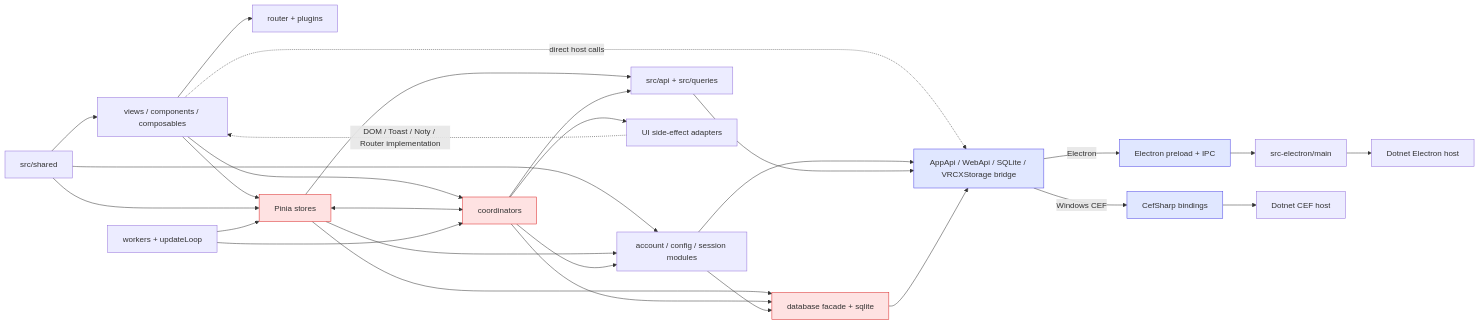
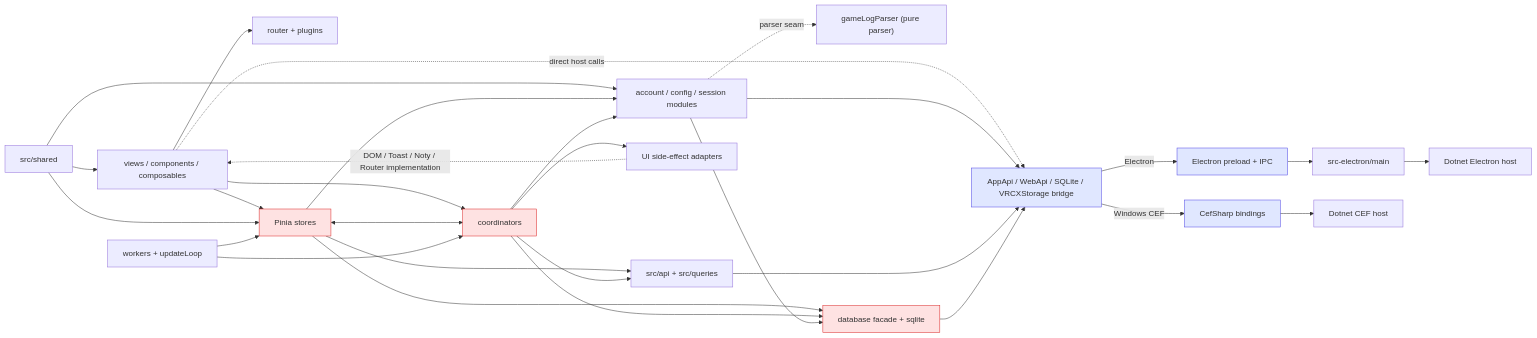
One commit to yixijun/VRCX-Luo changed the diagram in docs/ARCHITECTURE_DIAGNOSIS.md. Above: the diagram before and after it, drawn with Mermaid. The commit also changed other lines of this file and 2 other files, not shown here.

Commit message:
docs: record game log parser seam

````diff
--- a/docs/ARCHITECTURE_DIAGNOSIS.md
+++ b/docs/ARCHITECTURE_DIAGNOSIS.md
@@ -127,60 +128,62 @@
 ```mermaid
 flowchart LR
     UI["views / components / composables"]
     Router["router + plugins"]
     Stores["Pinia stores"]
     Coords["coordinators"]
     Api["src/api + src/queries"]
     Services["account / config / session modules"]
+    GameLogParser["gameLogParser (pure parser)"]
     Db["database facade + sqlite"]
     Shared["src/shared"]
     Workers["workers + updateLoop"]
     Bridge["AppApi / WebApi / SQLite / VRCXStorage bridge"]
 
     ElectronPreload["Electron preload + IPC"]
     ElectronMain["src-electron/main"]
     DotnetElectron["Dotnet Electron host"]
 
     CefBindings["CefSharp bindings"]
     DotnetCef["Dotnet CEF host"]
 
     UI --> Router
     UI --> Stores
     UI --> Coords
     UI -. direct host calls .-> Bridge
 
     Shared --> UI
     Shared --> Stores
     Shared --> Services
 
     Stores <--> Coords
     Stores --> Api
     Stores --> Db
     Stores --> Services
 
     Coords --> Api
     Coords --> Db
     Coords --> Services
     Coords --> UiAdapters["UI side-effect adapters"]
     UiAdapters -. DOM / Toast / Noty / Router implementation .-> UI
 
     Services --> Db
     Services --> Bridge
+    Services -. parser seam .-> GameLogParser
     Workers --> Stores
     Workers --> Coords
 
     Api --> Bridge
     Db --> Bridge
 
     Bridge -->|Electron| ElectronPreload
     ElectronPreload --> ElectronMain
     ElectronMain --> DotnetElectron
 
     Bridge -->|Windows CEF| CefBindings
     CefBindings --> DotnetCef
 
     classDef risk fill:#fee2e2,stroke:#dc2626;
     classDef bridge fill:#e0e7ff,stroke:#4f46e5;
     class Stores,Coords,Db risk;
     class Bridge,ElectronPreload,CefBindings bridge;
 ```
````
